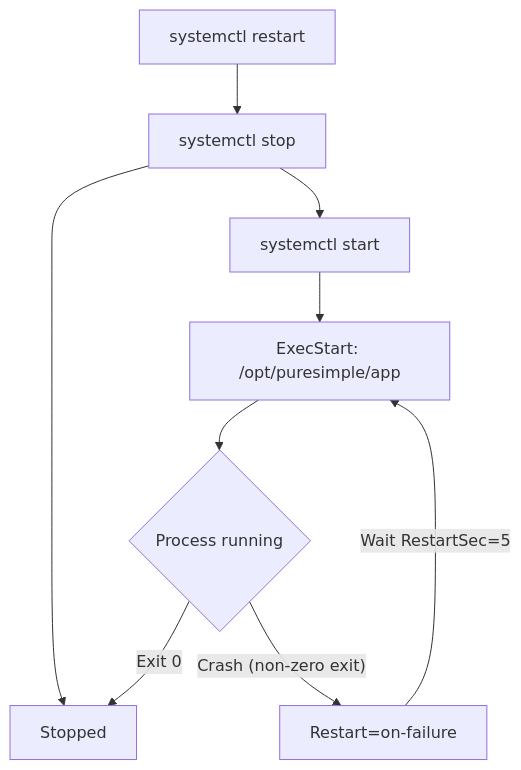
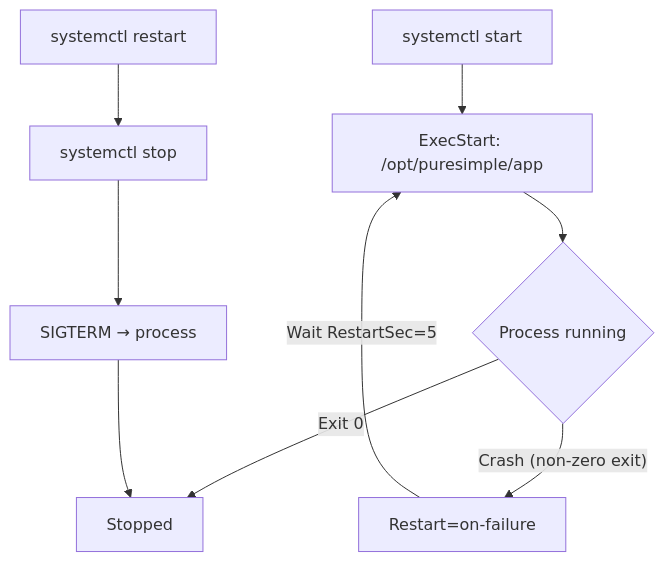
The first of 3 diagrams in manuscript/chapters/ch19-deployment.md (Jedt3D/PureSimple), drawn with Mermaid before and after one commit. The commit also changed other lines of this file and 30 other files, not shown here.

````diff
--- a/manuscript/chapters/ch19-deployment.md
+++ b/manuscript/chapters/ch19-deployment.md
@@ -92,12 +94,12 @@
 ```mermaid
-%% Figure 19.2 -- systemd lifecycle
+%% Figure 19.1 -- systemd lifecycle
 graph TD
     A["systemctl start"] --> B["ExecStart: /opt/puresimple/app"]
     B --> C{"Process running"}
     C -->|"Exit 0"| D["Stopped"]
     C -->|"Crash (non-zero exit)"| E["Restart=on-failure"]
     E -->|"Wait RestartSec=5"| B
-    F["systemctl stop"] --> D
-    G["systemctl restart"] --> F
-    F --> A
+    F["systemctl stop"] --> G["SIGTERM → process"]
+    G --> D
+    H["systemctl restart"] --> F
 ```
````
